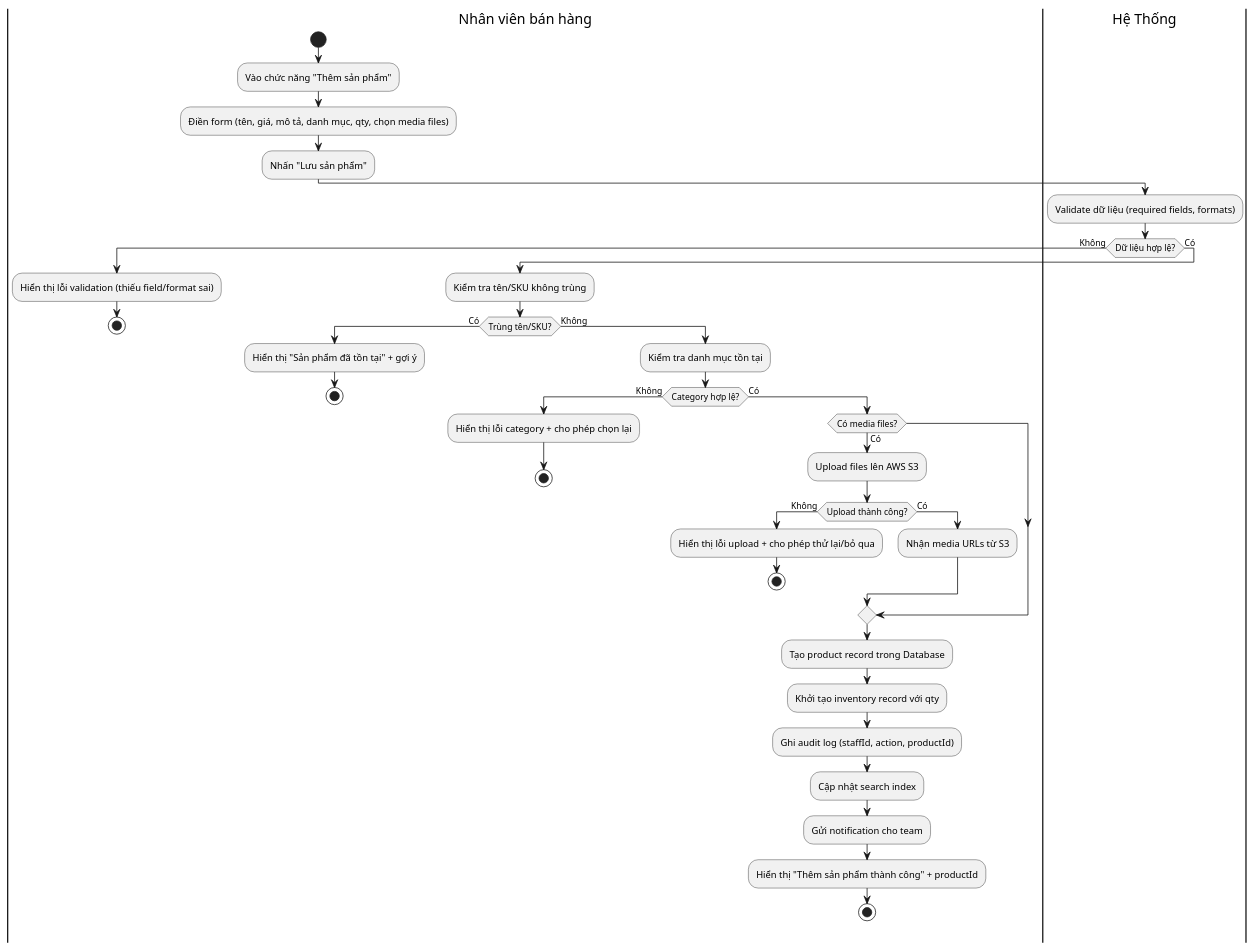
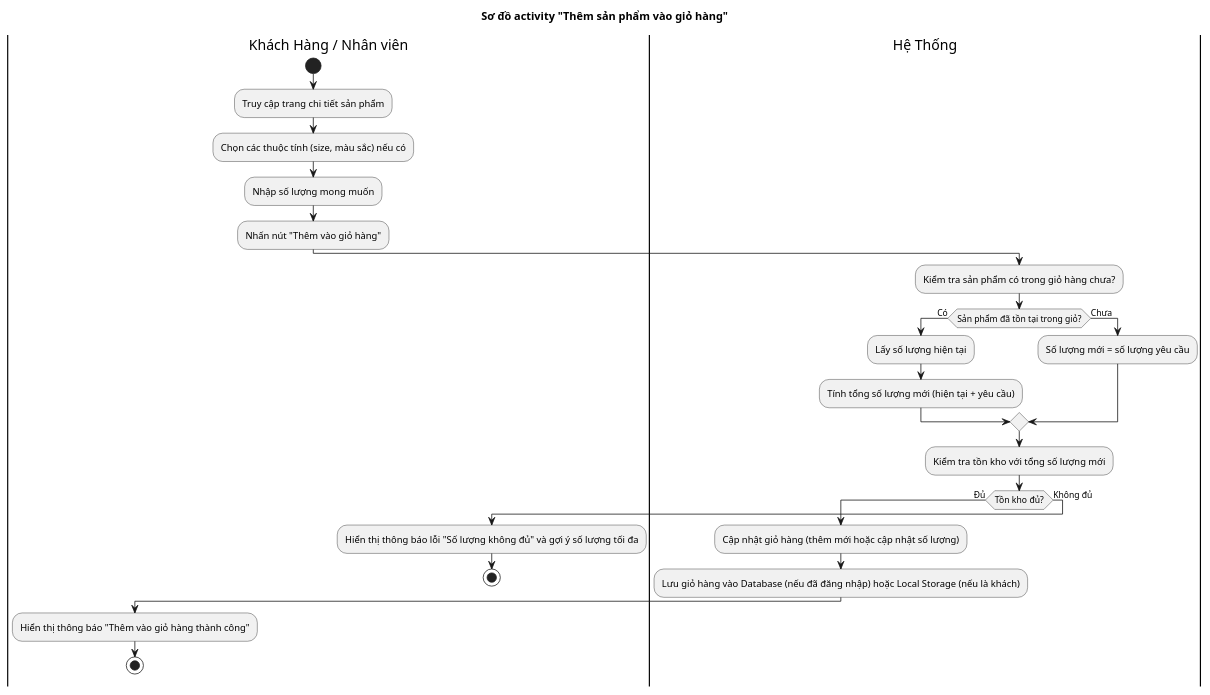
One commit to loc2k3iuh/nhom108-kltn changed the diagram in kltn-frontend/diagrams/activity/them-vao-gio-hang.wsd. Above: the diagram before and after it, drawn with PlantUML. The commit also changed 1 other file, not shown here.

Commit message:
modify activity and sequence diagrams add product to cart

```diff
--- a/kltn-frontend/diagrams/activity/them-vao-gio-hang.wsd
+++ b/kltn-frontend/diagrams/activity/them-vao-gio-hang.wsd
@@ -1,47 +1,33 @@
-@startuml them-san-pham
-|Nhân viên bán hàng|
+@startuml
+title Sơ đồ activity "Thêm sản phẩm vào giỏ hàng"
+
+|Khách Hàng / Nhân viên|
 start
-:Vào chức năng "Thêm sản phẩm";
-:Điền form (tên, giá, mô tả, danh mục, qty, chọn media files);
-:Nhấn "Lưu sản phẩm";
+:Truy cập trang chi tiết sản phẩm;
+:Chọn các thuộc tính (size, màu sắc) nếu có;
+:Nhập số lượng mong muốn;
+:Nhấn nút "Thêm vào giỏ hàng";
+
 |Hệ Thống|
-:Validate dữ liệu (required fields, formats);
-if (Dữ liệu hợp lệ?) then (Không)
-  |Nhân viên bán hàng|
-  :Hiển thị lỗi validation (thiếu field/format sai);
+:Kiểm tra sản phẩm có trong giỏ hàng chưa?;
+if (Sản phẩm đã tồn tại trong giỏ?) then (Có)
+  :Lấy số lượng hiện tại;
+  :Tính tổng số lượng mới (hiện tại + yêu cầu);
+else (Chưa)
+  :Số lượng mới = số lượng yêu cầu;
+endif
+
+:Kiểm tra tồn kho với tổng số lượng mới;
+if (Tồn kho đủ?) then (Đủ)
+  :Cập nhật giỏ hàng (thêm mới hoặc cập nhật số lượng);
+  :Lưu giỏ hàng vào Database (nếu đã đăng nhập) hoặc Local Storage (nếu là khách);
+  |Khách Hàng / Nhân viên|
+  :Hiển thị thông báo "Thêm vào giỏ hàng thành công";
   stop
-else (Có)
-  :Kiểm tra tên/SKU không trùng;
-  if (Trùng tên/SKU?) then (Có)
-    |Nhân viên bán hàng|
-    :Hiển thị "Sản phẩm đã tồn tại" + gợi ý;
-    stop
-  else (Không)
-    :Kiểm tra danh mục tồn tại;
-    if (Category hợp lệ?) then (Không)
-      |Nhân viên bán hàng|
-      :Hiển thị lỗi category + cho phép chọn lại;
-      stop
-    else (Có)
-      if (Có media files?) then (Có)
-        :Upload files lên AWS S3;
-        if (Upload thành công?) then (Không)
-          |Nhân viên bán hàng|
-          :Hiển thị lỗi upload + cho phép thử lại/bỏ qua;
-          stop
-        else (Có)
-          :Nhận media URLs từ S3;
-        endif
-      endif
-      :Tạo product record trong Database;
-      :Khởi tạo inventory record với qty;
-      :Ghi audit log (staffId, action, productId);
-      :Cập nhật search index;
-      :Gửi notification cho team;
-      |Nhân viên bán hàng|
-      :Hiển thị "Thêm sản phẩm thành công" + productId;
-      stop
-    endif
-  endif
+else (Không đủ)
+  |Khách Hàng / Nhân viên|
+  :Hiển thị thông báo lỗi "Số lượng không đủ" và gợi ý số lượng tối đa;
+  stop
 endif
+
 @enduml
```
